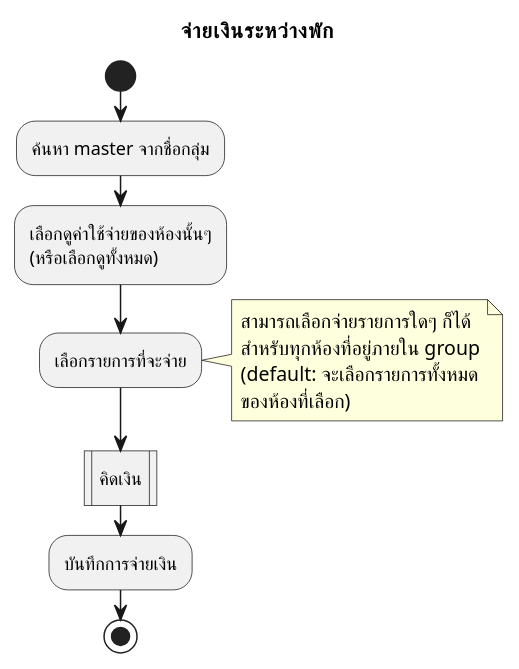
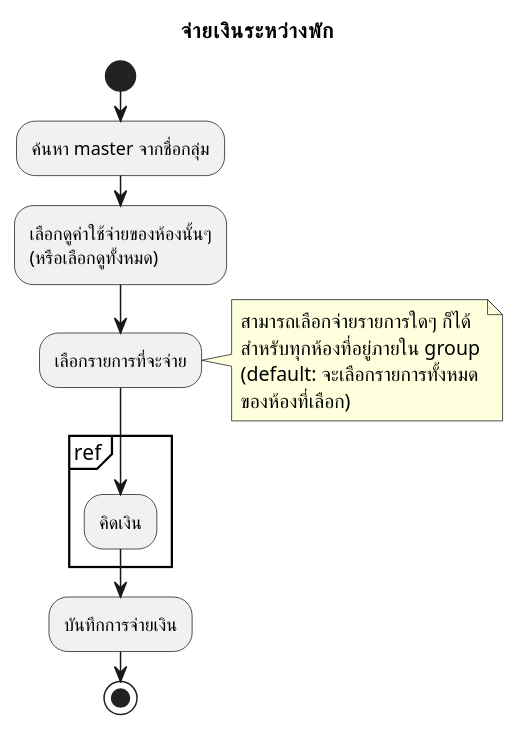
Before and after one commit to cheat13/Prompiman_Diagram: the diagram in activity-diagram/Master/Master_Bill.md, drawn with PlantUML. The commit also changed 7 other files, not shown here.

```diff
--- a/activity-diagram/Master/Master_Bill.md
+++ b/activity-diagram/Master/Master_Bill.md
@@ -1,18 +1,20 @@
 @startuml
 title จ่ายเงินระหว่างพัก
 start
 
 :ค้นหา master จากชื่อกลุ่ม;
 :เลือกดูค่าใช้จ่ายของห้องนั้นๆ\n(หรือเลือกดูทั้งหมด);
 :เลือกรายการที่จะจ่าย;
 note right
     สามารถเลือกจ่ายรายการใดๆ ก็ได้
     สำหรับทุกห้องที่อยู่ภายใน group
     (default: จะเลือกรายการทั้งหมด
     ของห้องที่เลือก)
 endnote
-:คิดเงิน|
+partition ref {
+    :คิดเงิน;
+}
 :บันทึกการจ่ายเงิน;
 
 stop
 @enduml
```
